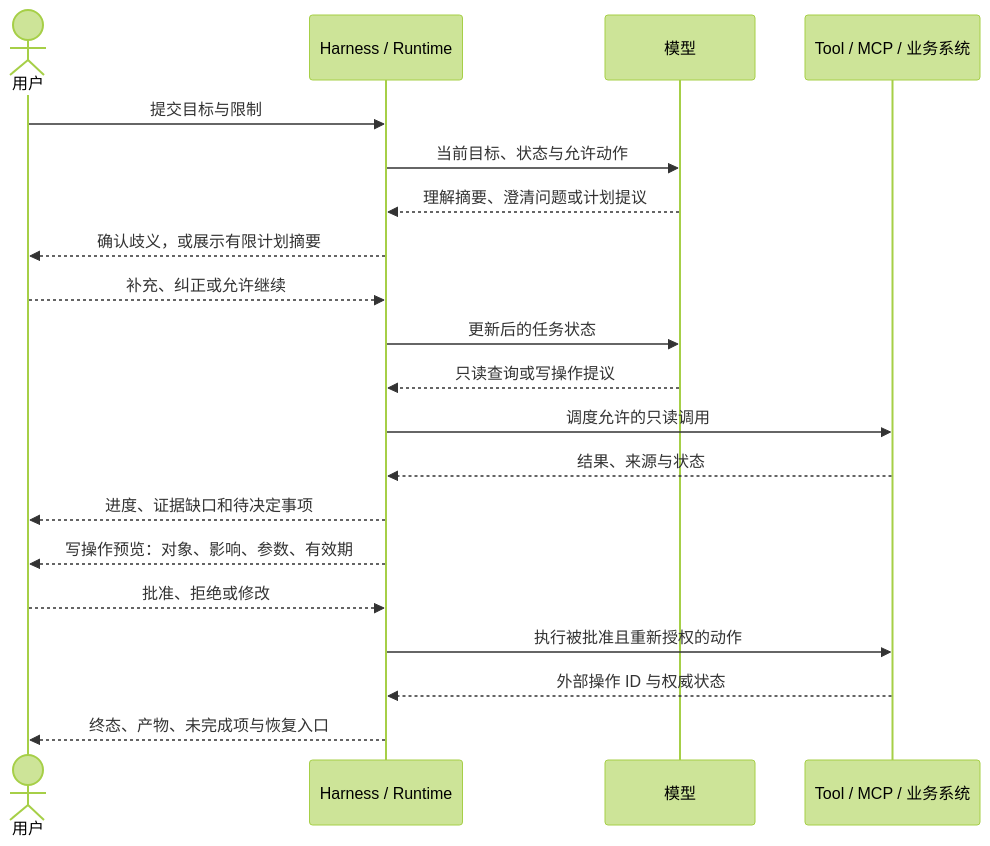
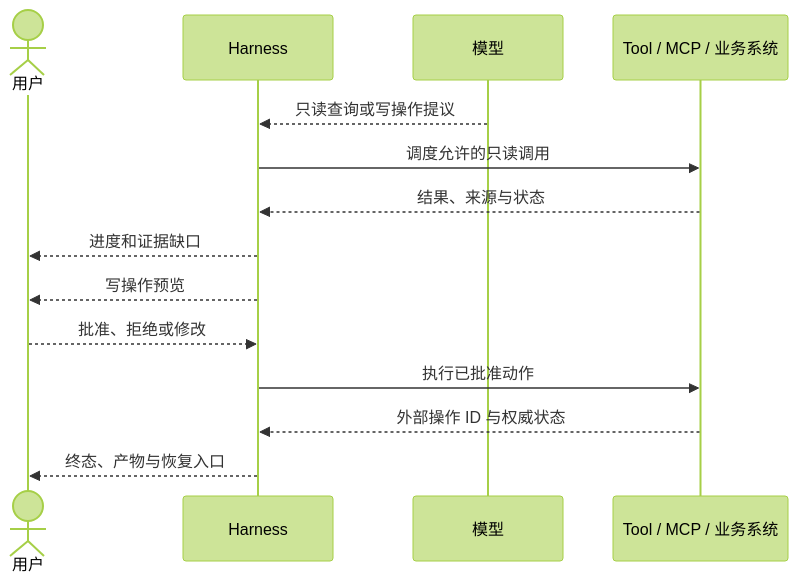
One commit to FoLaJJ/agent-systems-notes changed the second of 3 diagrams in docs/09-human-agent-interaction.md. Above: the diagram before and after it, drawn with Mermaid (forest theme). The commit also changed other lines of this file and 11 other files, not shown here.

Commit message:
Improve Mermaid diagram readability

````diff
--- a/docs/09-human-agent-interaction.md
+++ b/docs/09-human-agent-interaction.md
@@ -40,22 +53,16 @@
 ```mermaid
 sequenceDiagram
     actor U as 用户
-    participant H as Harness / Runtime
+    participant H as Harness
     participant L as 模型
     participant T as Tool / MCP / 业务系统
-    U->>H: 提交目标与限制
-    H->>L: 当前目标、状态与允许动作
-    L-->>H: 理解摘要、澄清问题或计划提议
-    H-->>U: 确认歧义，或展示有限计划摘要
-    U-->>H: 补充、纠正或允许继续
-    H->>L: 更新后的任务状态
     L-->>H: 只读查询或写操作提议
     H->>T: 调度允许的只读调用
     T-->>H: 结果、来源与状态
-    H-->>U: 进度、证据缺口和待决定事项
-    H-->>U: 写操作预览：对象、影响、参数、有效期
+    H-->>U: 进度和证据缺口
+    H-->>U: 写操作预览
     U-->>H: 批准、拒绝或修改
-    H->>T: 执行被批准且重新授权的动作
+    H->>T: 执行已批准动作
     T-->>H: 外部操作 ID 与权威状态
-    H-->>U: 终态、产物、未完成项与恢复入口
+    H-->>U: 终态、产物与恢复入口
 ```
````
